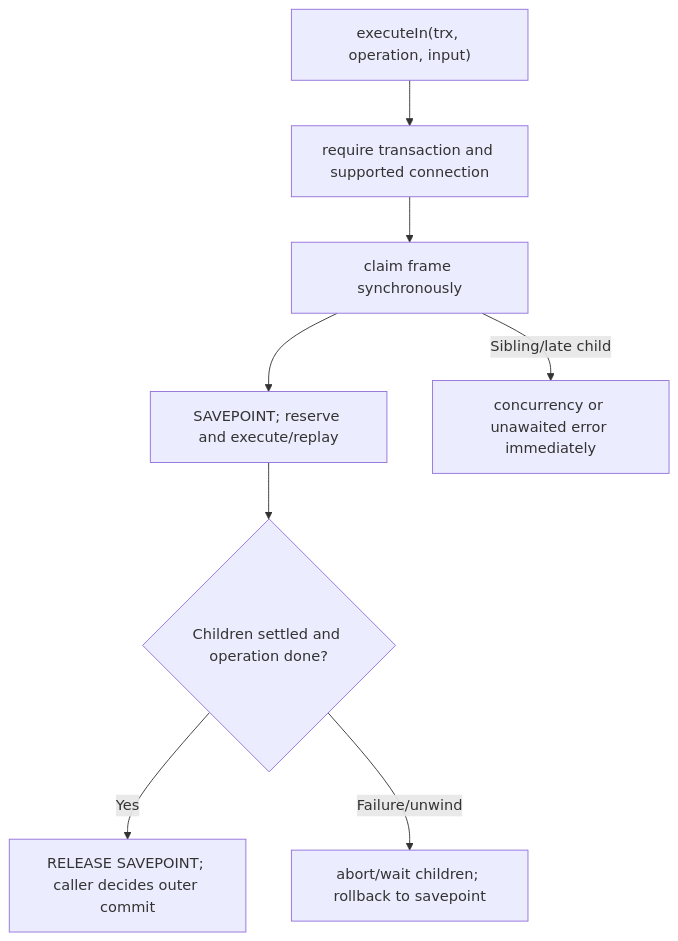
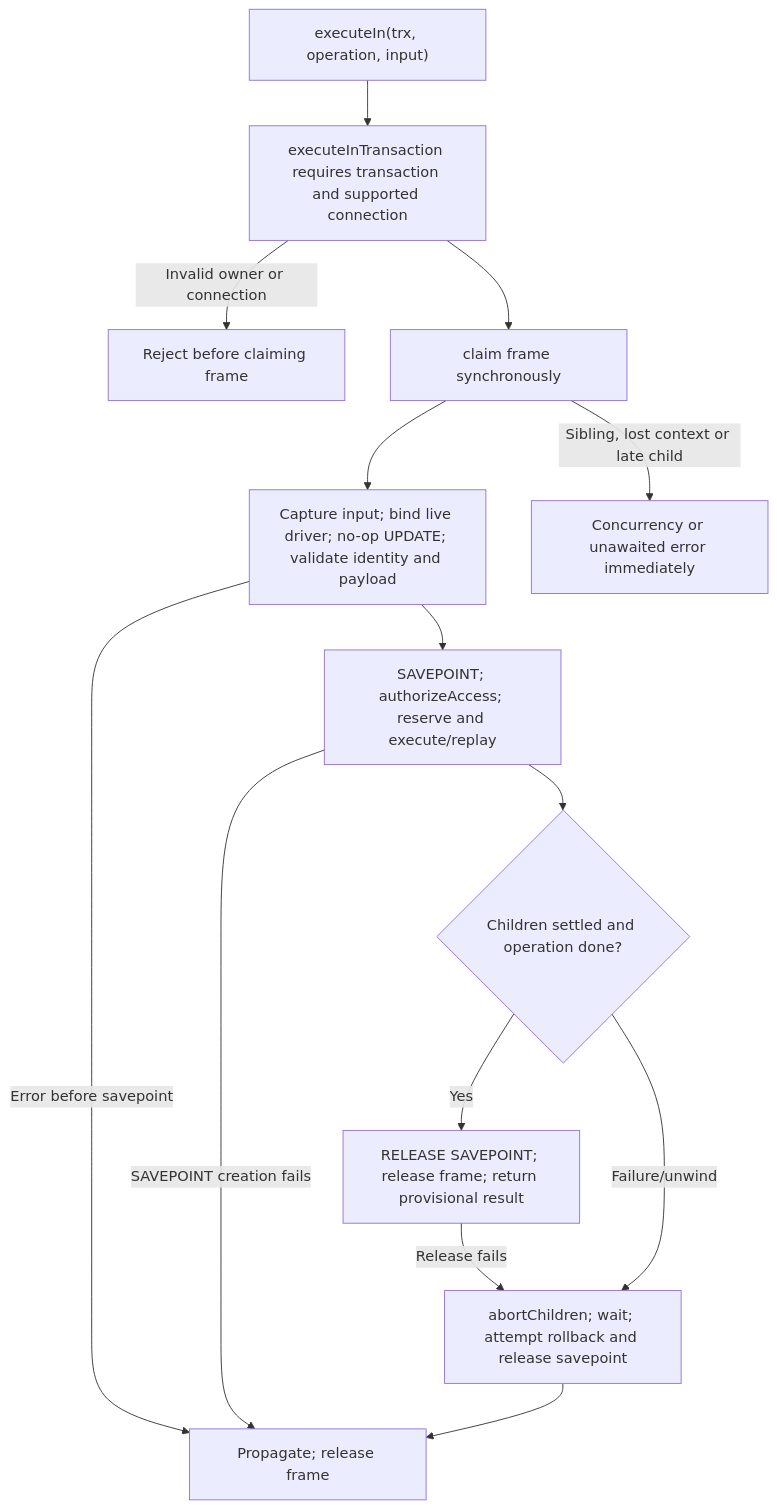
Before and after one commit to Kevinjohn/oss-adonisjs-duplicate-request-guard: the second of 2 diagrams in user-stories/US-GUARD-02-compose-transaction.md, drawn with Mermaid. The commit also changed other lines of this file and 9 other files, not shown here.

````diff
--- a/user-stories/US-GUARD-02-compose-transaction.md
+++ b/user-stories/US-GUARD-02-compose-transaction.md
@@ -37,10 +43,16 @@
 ```mermaid
 flowchart TD
-    A["executeIn(trx, operation, input)"] --> B["require transaction and supported connection"]
+    A["executeIn(trx, operation, input)"] --> B["executeInTransaction requires transaction and supported connection"]
+    B -->|Invalid owner or connection| X["Reject before claiming frame"]
     B --> C["claim frame synchronously"]
-    C --> D["SAVEPOINT; reserve and execute/replay"]
+    C --> V["Capture input; bind live driver; no-op UPDATE; validate identity and payload"]
+    V -->|Error before savepoint| Z["Propagate; release frame"]
+    V --> D["SAVEPOINT; authorizeAccess; reserve and execute/replay"]
+    D -->|SAVEPOINT creation fails| Z
     D --> E{"Children settled and operation done?"}
-    E -->|Yes| F["RELEASE SAVEPOINT; caller decides outer commit"]
-    E -->|Failure/unwind| G["abort/wait children; rollback to savepoint"]
-    C -->|Sibling/late child| H["concurrency or unawaited error immediately"]
+    E -->|Yes| F["RELEASE SAVEPOINT; release frame; return provisional result"]
+    F -->|Release fails| G
+    E -->|Failure/unwind| G["abortChildren; wait; attempt rollback and release savepoint"]
+    G --> Z
+    C -->|Sibling, lost context or late child| H["Concurrency or unawaited error immediately"]
 ```
````
